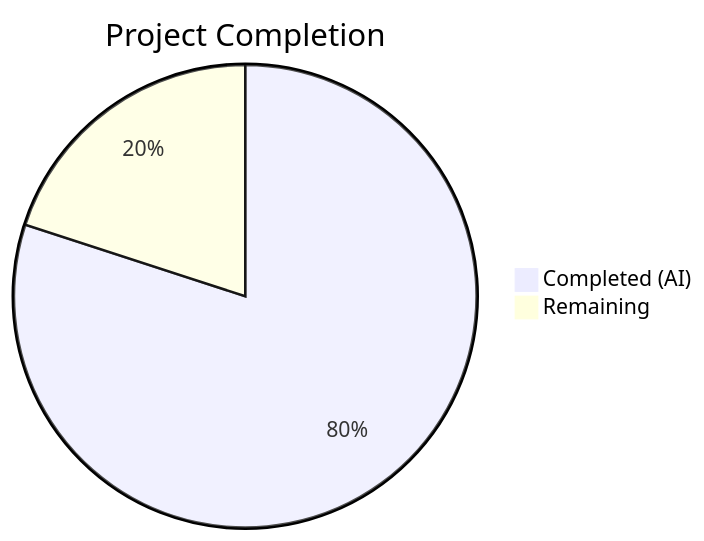
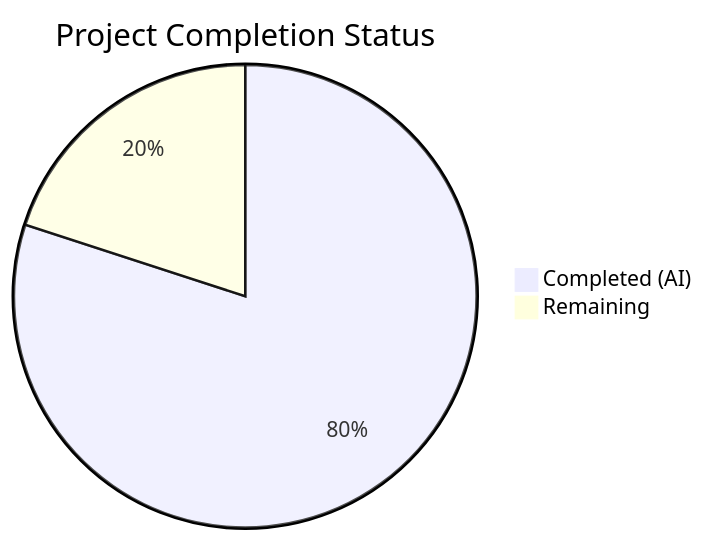
The first of 2 diagrams in blitzy/documentation/Project Guide.md (TestadoBlitzy/Existing-product), drawn with Mermaid before and after one commit. The commit also changed other lines of this file, not shown here.

Commit message:
Adding Blitzy Project Guide: Project Status and Human Tasks Remaining

````diff
--- a/blitzy/documentation/Project Guide.md
+++ b/blitzy/documentation/Project Guide.md
@@ -13,5 +13,5 @@
 ```mermaid
-pie title Project Completion
+pie title Project Completion Status
     "Completed (AI)" : 4
     "Remaining" : 1
 ```
````
